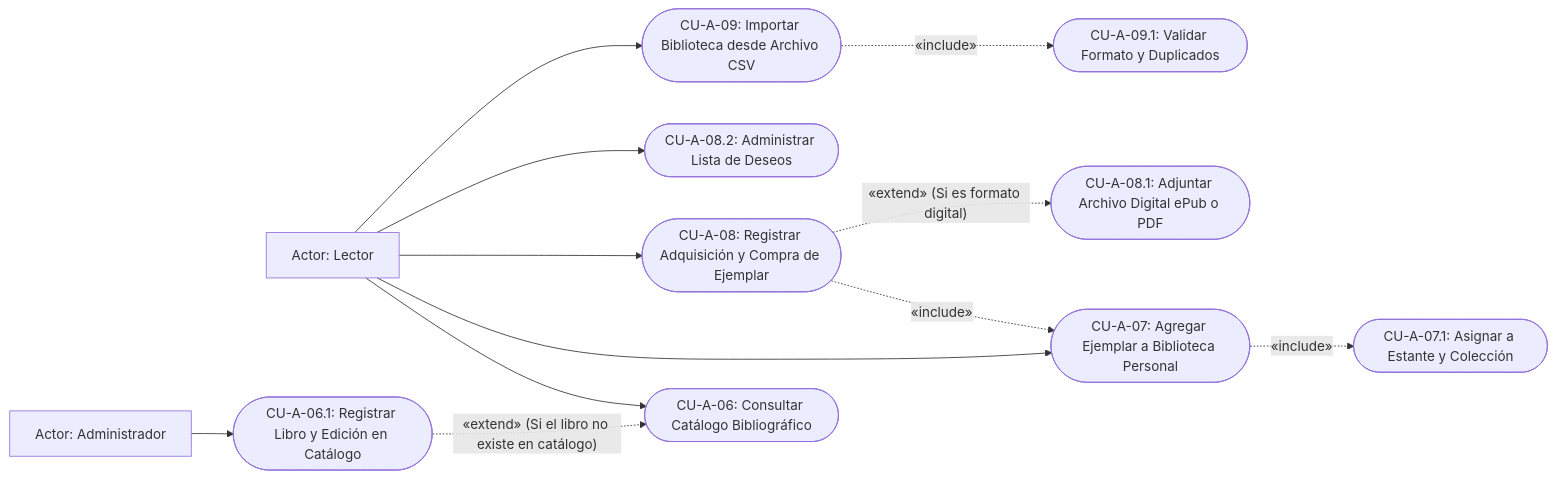
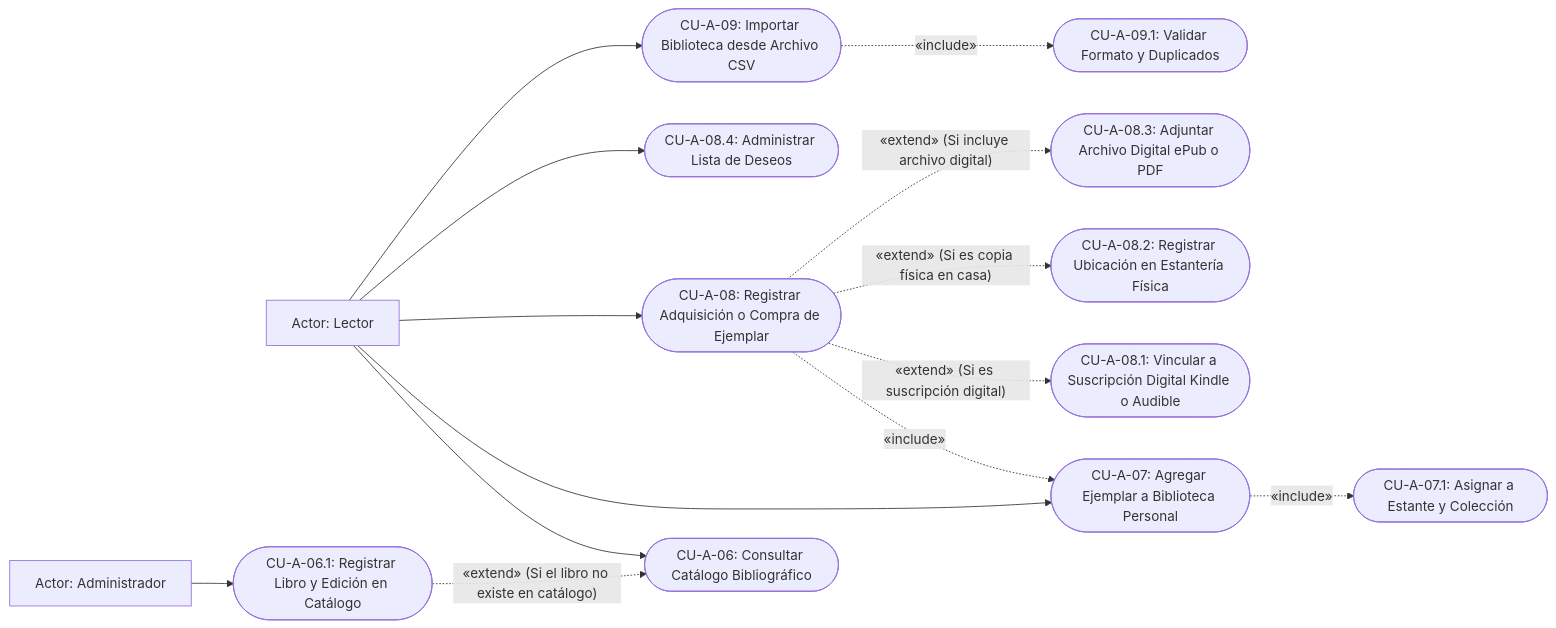
One commit to Nataliadleon/Proyecto-integrador changed the third of 6 diagrams in AMSI/1.2 Modelado del Negocio y Casos de Uso.md. Above: the diagram before and after it, drawn with Mermaid. The commit also changed other lines of this file and 8 other files, not shown here.

````diff
--- a/AMSI/1.2 Modelado del Negocio y Casos de Uso.md
+++ b/AMSI/1.2 Modelado del Negocio y Casos de Uso.md
@@ -92,28 +92,32 @@
 ```mermaid
 flowchart LR
     Lector["Actor: Lector"]
     Admin["Actor: Administrador"]
 
     CU_BuscarLibro(["CU-A-06: Consultar Catálogo Bibliográfico"])
     CU_AltaLibro(["CU-A-06.1: Registrar Libro y Edición en Catálogo"])
     CU_AgregarBiblioteca(["CU-A-07: Agregar Ejemplar a Biblioteca Personal"])
     CU_OrganizarEstantes(["CU-A-07.1: Asignar a Estante y Colección"])
-    CU_Adquisicion(["CU-A-08: Registrar Adquisición y Compra de Ejemplar"])
-    CU_ArchivoDigital(["CU-A-08.1: Adjuntar Archivo Digital ePub o PDF"])
-    CU_Wishlist(["CU-A-08.2: Administrar Lista de Deseos"])
+    CU_Adquisicion(["CU-A-08: Registrar Adquisición o Compra de Ejemplar"])
+    CU_Suscripcion(["CU-A-08.1: Vincular a Suscripción Digital Kindle o Audible"])
+    CU_Ubicacion(["CU-A-08.2: Registrar Ubicación en Estantería Física"])
+    CU_ArchivoDigital(["CU-A-08.3: Adjuntar Archivo Digital ePub o PDF"])
+    CU_Wishlist(["CU-A-08.4: Administrar Lista de Deseos"])
     CU_Importar(["CU-A-09: Importar Biblioteca desde Archivo CSV"])
     CU_ValidarCSV(["CU-A-09.1: Validar Formato y Duplicados"])
 
     Lector --> CU_BuscarLibro
     Lector --> CU_AgregarBiblioteca
     Lector --> CU_Adquisicion
     Lector --> CU_Wishlist
     Lector --> CU_Importar
     Admin --> CU_AltaLibro
 
     CU_AgregarBiblioteca -.->|"«include»"| CU_OrganizarEstantes
     CU_Adquisicion -.->|"«include»"| CU_AgregarBiblioteca
-    CU_Adquisicion -.->|"«extend» (Si es formato digital)"| CU_ArchivoDigital
+    CU_Adquisicion -.->|"«extend» (Si es suscripción digital)"| CU_Suscripcion
+    CU_Adquisicion -.->|"«extend» (Si es copia física en casa)"| CU_Ubicacion
+    CU_Adquisicion -.->|"«extend» (Si incluye archivo digital)"| CU_ArchivoDigital
     CU_Importar -.->|"«include»"| CU_ValidarCSV
     CU_AltaLibro -.->|"«extend» (Si el libro no existe en catálogo)"| CU_BuscarLibro
 ```
````
